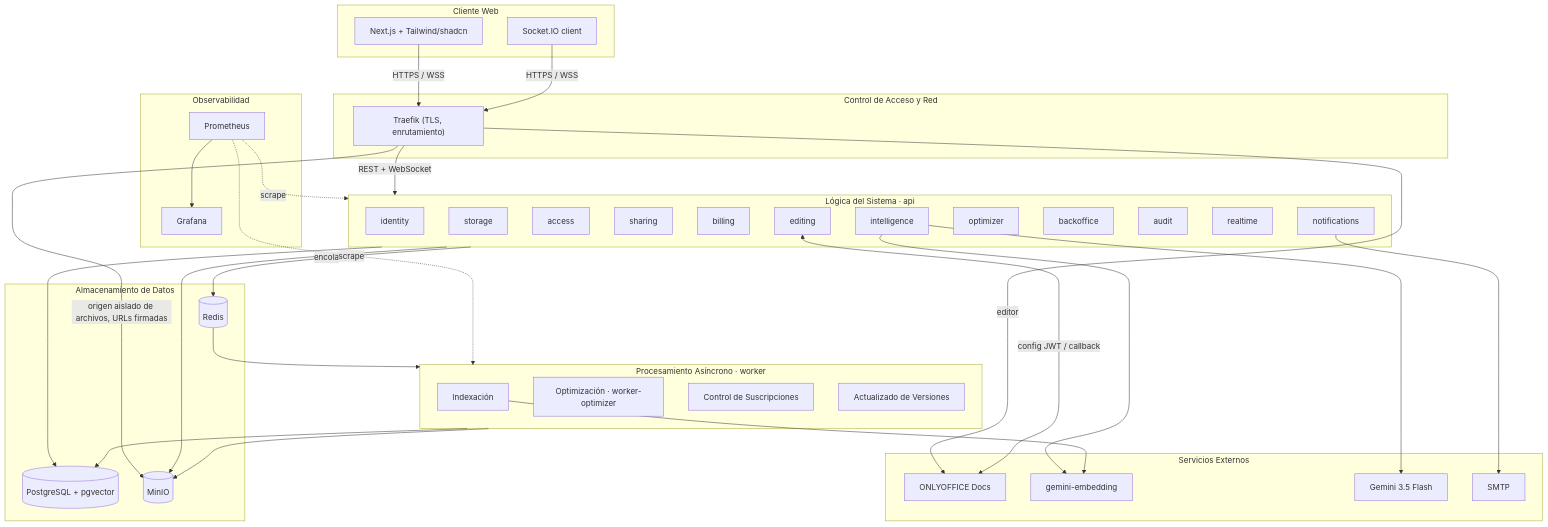
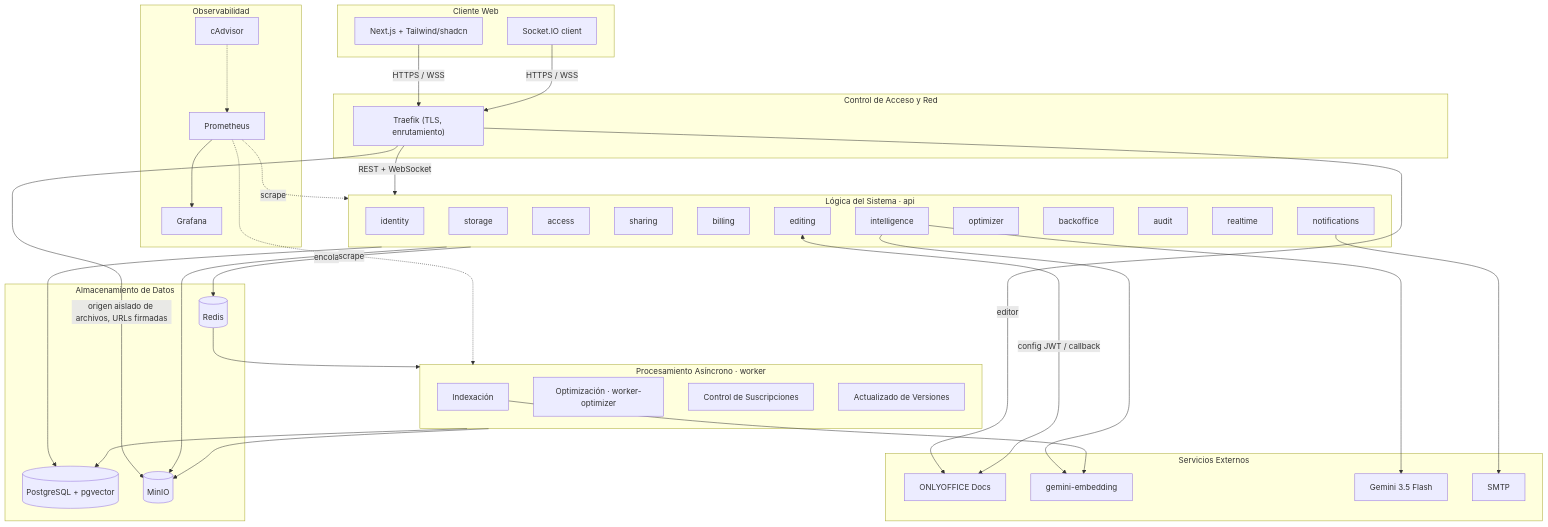
The diagram in docs/sdd/architecture.md (afmatul/Nimbo), drawn with Mermaid before and after one commit. The commit also changed other lines of this file and 62 other files, not shown here.

````diff
--- a/docs/sdd/architecture.md
+++ b/docs/sdd/architecture.md
@@ -30,38 +30,39 @@
 ```mermaid
 flowchart TB
   subgraph Cliente["Cliente Web"]
     W["Next.js + Tailwind/shadcn"]
     S["Socket.IO client"]
   end
   subgraph Red["Control de Acceso y Red"]
     T["Traefik (TLS, enrutamiento)"]
   end
   subgraph Logica["Lógica del Sistema · api"]
     M1[identity] & M2[storage] & M3a[access] & M3b[sharing] & M4[billing]
     M5[editing] & M6[intelligence] & M7[optimizer] & M8[backoffice]
     X1[audit] & X2[realtime] & X3[notifications]
   end
   subgraph Async["Procesamiento Asíncrono · worker"]
     Q1[Indexación] & Q2[Optimización · worker-optimizer] & Q3[Control de Suscripciones] & Q4[Actualizado de Versiones]
   end
   subgraph Datos["Almacenamiento de Datos"]
     P[("PostgreSQL + pgvector")] & MI[("MinIO")] & R[("Redis")]
   end
   subgraph Ext["Servicios Externos"]
     OO[ONLYOFFICE Docs] & GE[gemini-embedding] & GF[Gemini 3.5 Flash] & SM[SMTP]
   end
   subgraph Obs["Observabilidad"]
     PR[Prometheus] --> GR[Grafana]
+    CA[cAdvisor] -.-> PR
   end
   W & S -->|HTTPS / WSS| T
   T -->|REST + WebSocket| Logica
   T -->|editor| OO
   T -->|origen aislado de archivos, URLs firmadas| MI
   Logica -->|encola| R --> Async
   Logica & Async --> P & MI
   M5 <-->|config JWT / callback| OO
   M6 --> GE & GF
   Q1 --> GE
   X3 --> SM
   PR -. scrape .-> Logica & Async
 ```
````
